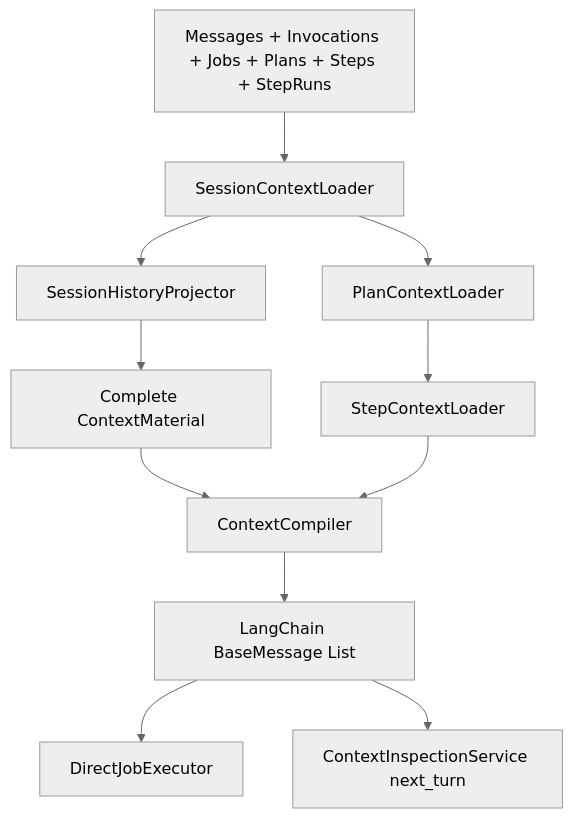
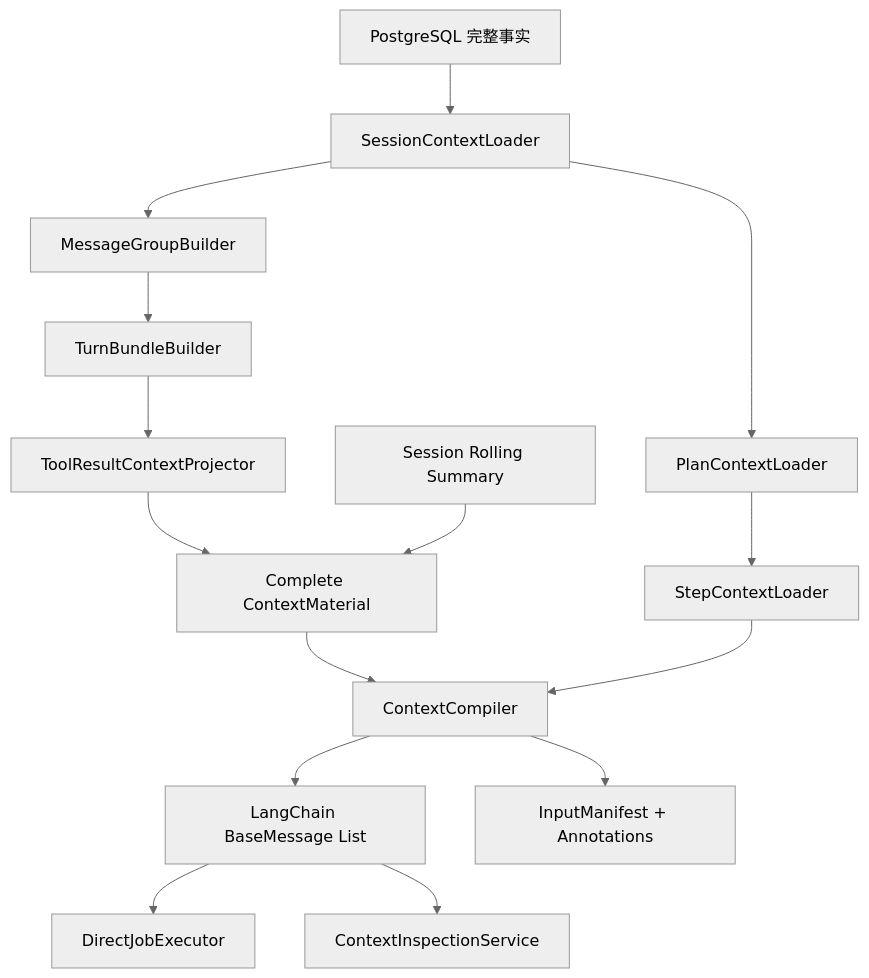
The diagram in docs/superpowers/specs/2026-07-12-complete-session-plan-context-design.md (lucyonegit/agent-runtime-v2), drawn with Mermaid (neutral theme) before and after one commit. The commit also changed other lines of this file, not shown here.

Commit message:
docs: revise complete context strategy

````diff
--- a/docs/superpowers/specs/2026-07-12-complete-session-plan-context-design.md
+++ b/docs/superpowers/specs/2026-07-12-complete-session-plan-context-design.md
@@ -374,14 +650,18 @@
 ```mermaid
 flowchart TD
-    DB["Messages + Invocations + Jobs + Plans + Steps + StepRuns"] --> L["SessionContextLoader"]
-    L --> P["SessionHistoryProjector"]
-    P --> M["Complete ContextMaterial"]
+    DB["PostgreSQL 完整事实"] --> L["SessionContextLoader"]
+    L --> G["MessageGroupBuilder"]
+    G --> B["TurnBundleBuilder"]
+    B --> T["ToolResultContextProjector"]
+    T --> M["Complete ContextMaterial"]
+    S["Session Rolling Summary"] --> M
     M --> C["ContextCompiler"]
     C --> LC["LangChain BaseMessage List"]
+    C --> A["InputManifest + Annotations"]
     LC --> D["DirectJobExecutor"]
-    LC --> Q["ContextInspectionService next_turn"]
+    LC --> Q["ContextInspectionService"]
 
     L --> PL["PlanContextLoader"]
     PL --> SL["StepContextLoader"]
     SL --> C
 ```
````
